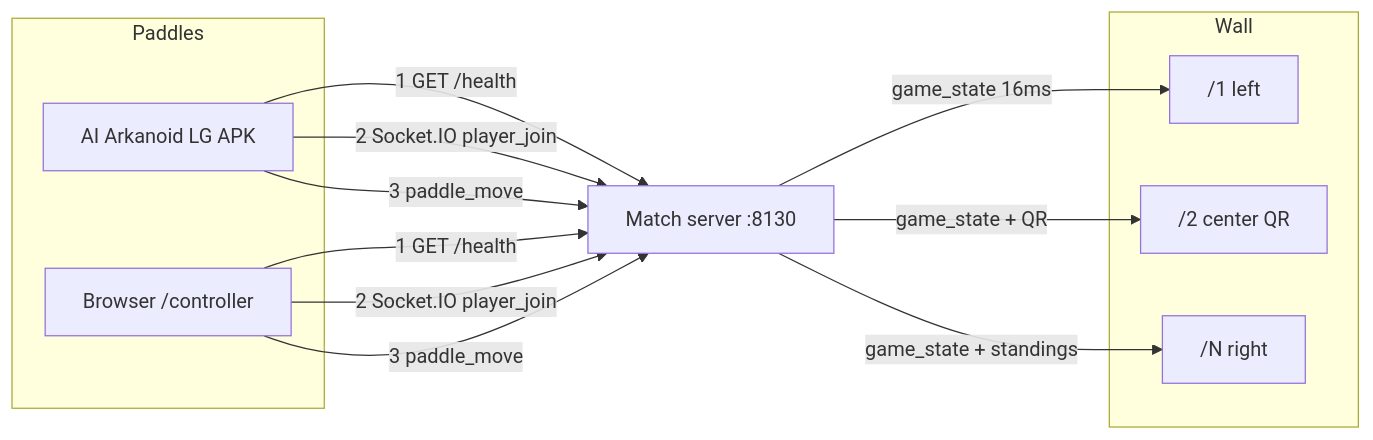
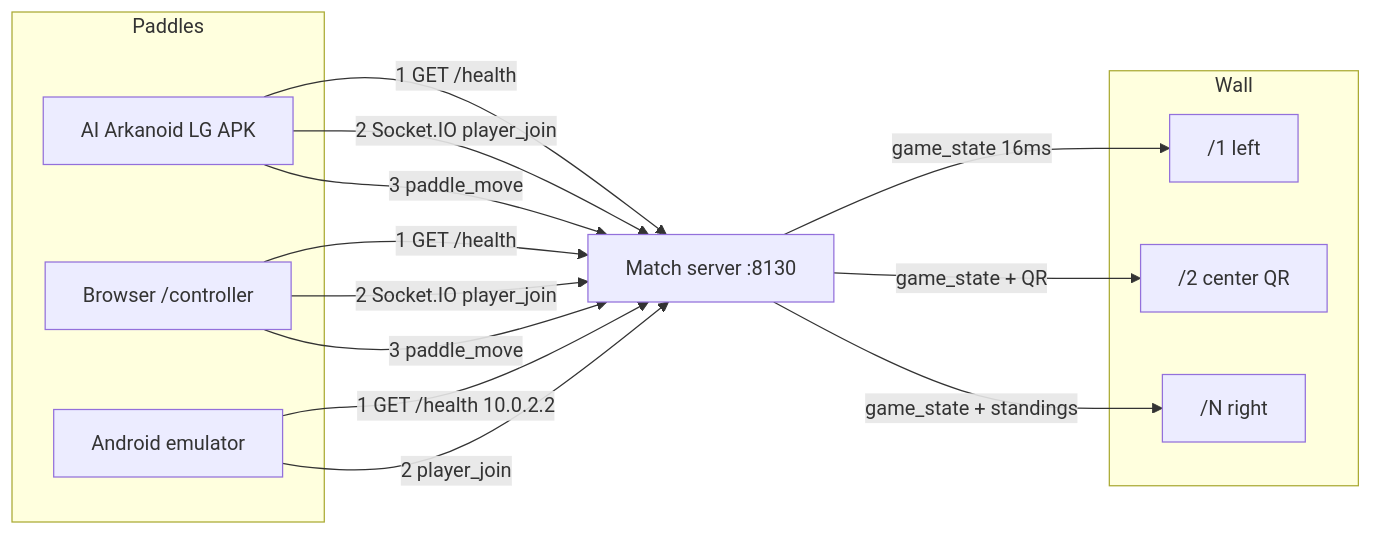
Before and after one commit to AnirudhPratapSinghYadav/LG-Arkanoid: the first of 4 diagrams in README.md, drawn with Mermaid. The commit also changed other lines of this file and 29 other files, not shown here.

````diff
--- a/README.md
+++ b/README.md
@@ -30,25 +48,28 @@
 ```mermaid
 flowchart LR
   subgraph players [Paddles]
     APK["AI Arkanoid LG APK"]
     WEB["Browser /controller"]
+    EMU["Android emulator"]
   end
 
   subgraph wall [Wall]
     S1["/1 left"]
     S2["/2 center QR"]
     SN["/N right"]
   end
 
   SRV["Match server :8130"]
 
   APK -->|"1 GET /health"| SRV
   WEB -->|"1 GET /health"| SRV
+  EMU -->|"1 GET /health 10.0.2.2"| SRV
   APK -->|"2 Socket.IO player_join"| SRV
   WEB -->|"2 Socket.IO player_join"| SRV
+  EMU -->|"2 player_join"| SRV
   APK -->|"3 paddle_move"| SRV
   WEB -->|"3 paddle_move"| SRV
   SRV -->|"game_state 16ms"| S1
   SRV -->|"game_state + QR"| S2
   SRV -->|"game_state + standings"| SN
 ```
````
